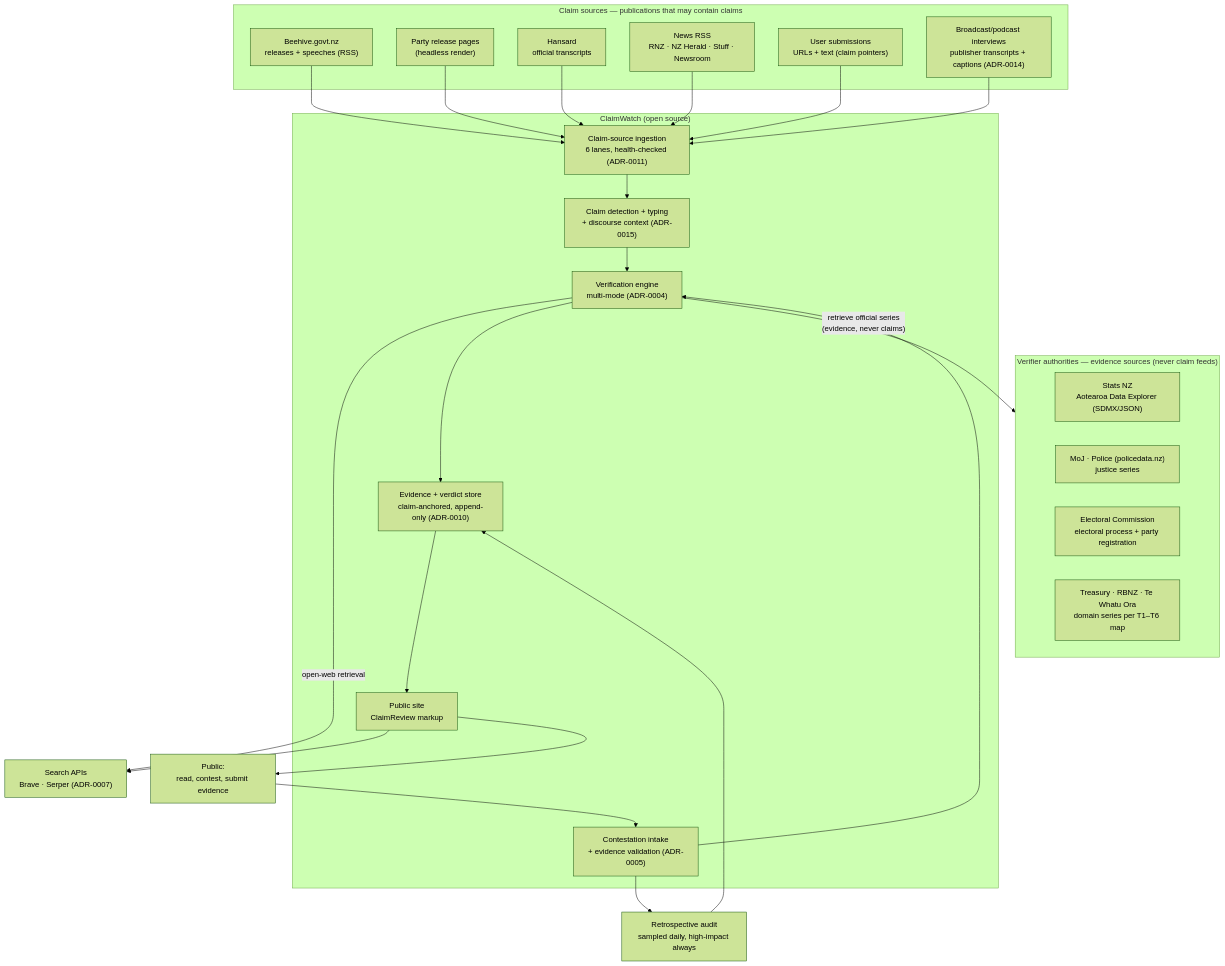
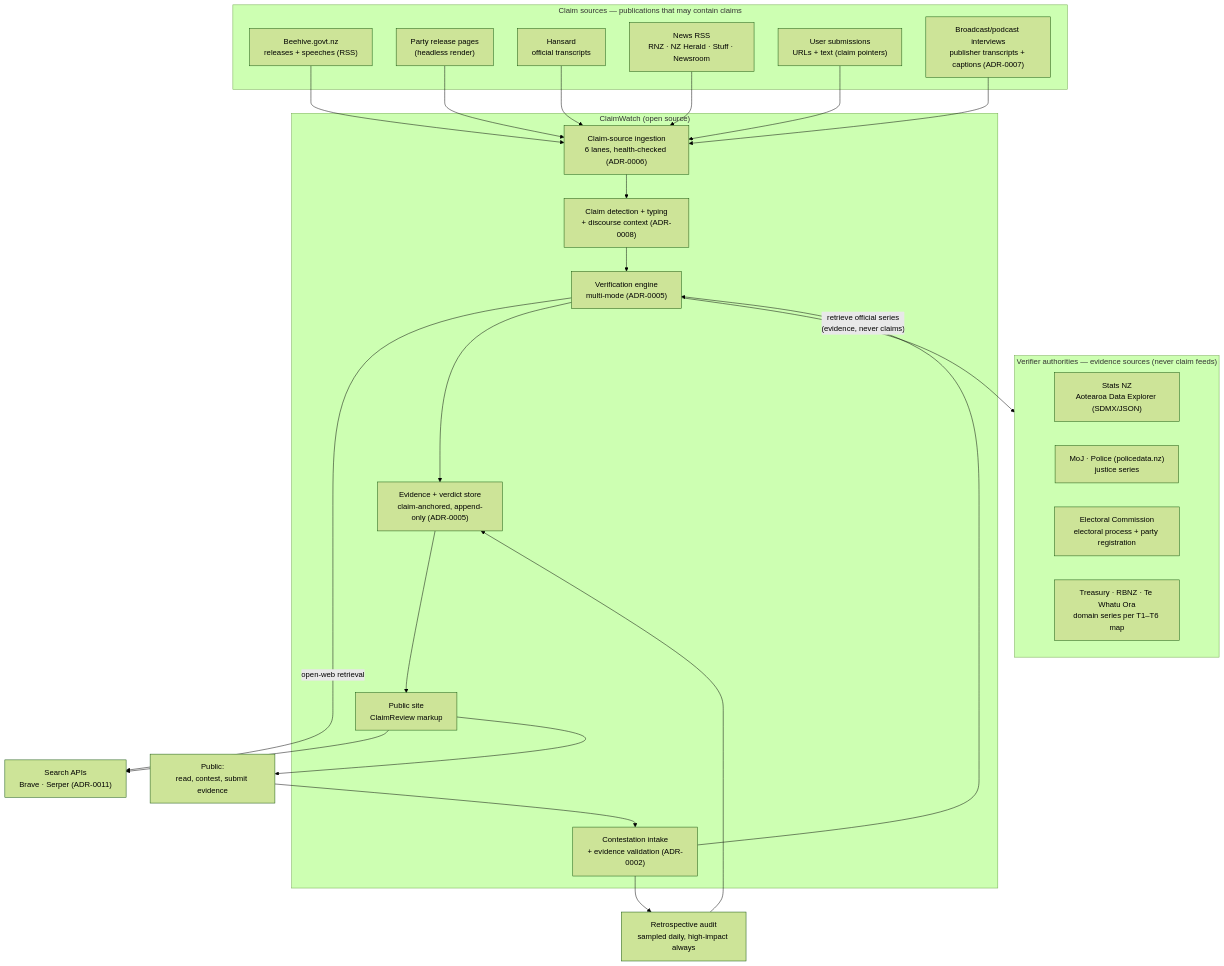
One commit to bradleyscott/claimwatch-nz changed the first of 5 diagrams in docs/ARCHITECTURE.md. Above: the diagram before and after it, drawn with Mermaid (forest theme). The commit also changed other lines of this file and 29 other files, not shown here.

````diff
--- a/docs/ARCHITECTURE.md
+++ b/docs/ARCHITECTURE.md
@@ -11,50 +11,50 @@
 ```mermaid
 flowchart TB
     subgraph CLAIM_SOURCES["Claim sources — publications that may contain claims"]
         BEEHIVE["Beehive.govt.nz<br/>releases + speeches (RSS)"]
         PARTIES["Party release pages<br/>(headless render)"]
         HANSARD["Hansard<br/>official transcripts"]
         NEWS["News RSS<br/>RNZ · NZ Herald · Stuff · Newsroom"]
         SUBMIT["User submissions<br/>URLs + text (claim pointers)"]
-        BCAST["Broadcast/podcast interviews<br/>publisher transcripts + captions (ADR-0014)"]
+        BCAST["Broadcast/podcast interviews<br/>publisher transcripts + captions (ADR-0007)"]
     end
 
     subgraph AUTHORITIES["Verifier authorities — evidence sources (never claim feeds)"]
         STATS["Stats NZ<br/>Aotearoa Data Explorer (SDMX/JSON)"]
         MOJ["MoJ · Police (policedata.nz)<br/>justice series"]
         ELECTORAL["Electoral Commission<br/>electoral process + party registration"]
         OTHER["Treasury · RBNZ · Te Whatu Ora<br/>domain series per T1–T6 map"]
     end
 
     subgraph CW["ClaimWatch (open source)"]
-        INGEST["Claim-source ingestion<br/>6 lanes, health-checked (ADR-0011)"]
-        TRIAGE["Claim detection + typing<br/>+ discourse context (ADR-0015)"]
-        VERIFY["Verification engine<br/>multi-mode (ADR-0004)"]
-        STORE["Evidence + verdict store<br/>claim-anchored, append-only (ADR-0010)"]
+        INGEST["Claim-source ingestion<br/>6 lanes, health-checked (ADR-0006)"]
+        TRIAGE["Claim detection + typing<br/>+ discourse context (ADR-0008)"]
+        VERIFY["Verification engine<br/>multi-mode (ADR-0005)"]
+        STORE["Evidence + verdict store<br/>claim-anchored, append-only (ADR-0005)"]
         SITE["Public site<br/>ClaimReview markup"]
-        CONTEST["Contestation intake<br/>+ evidence validation (ADR-0005)"]
+        CONTEST["Contestation intake<br/>+ evidence validation (ADR-0002)"]
     end
 
     PUBLIC["Public:<br/>read, contest, submit evidence"]
-    SEARCH["Search APIs<br/>Brave · Serper (ADR-0007)"]
+    SEARCH["Search APIs<br/>Brave · Serper (ADR-0011)"]
     AUDIT["Retrospective audit<br/>sampled daily, high-impact always"]
 
     BEEHIVE --> INGEST
     PARTIES --> INGEST
     HANSARD --> INGEST
     NEWS --> INGEST
     SUBMIT --> INGEST
     BCAST --> INGEST
     INGEST --> TRIAGE
     TRIAGE --> VERIFY
     VERIFY -- "retrieve official series<br/>(evidence, never claims)" --> AUTHORITIES
     VERIFY -- "open-web retrieval" --> SEARCH
     VERIFY --> STORE
     STORE --> SITE
     SITE --> SEARCH
     SITE --> PUBLIC
     PUBLIC --> CONTEST
     CONTEST --> VERIFY
     CONTEST --> AUDIT
     AUDIT --> STORE
 ```
````
